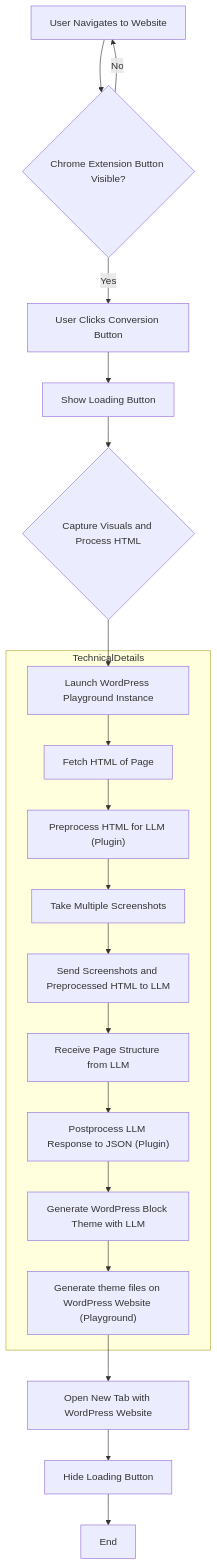
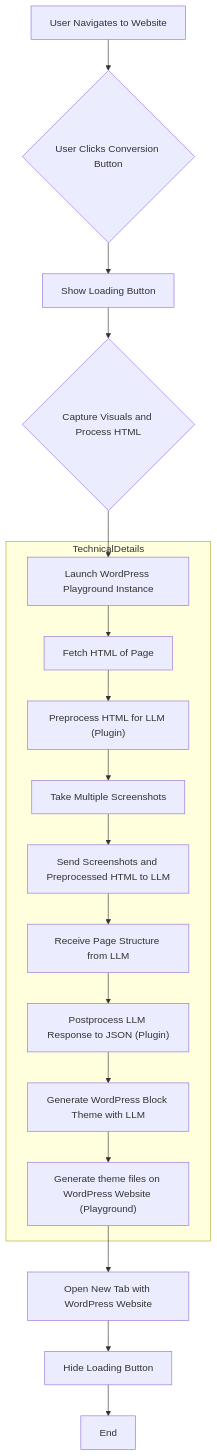
The diagram in README.md (CMSFreedomOrg/CMSFreedom), drawn with Mermaid before and after one commit.

````diff
--- a/README.md
+++ b/README.md
@@ -20,32 +20,30 @@
 ```mermaid
 graph TD
-    UserNavigatesWebsite[User Navigates to Website] --> CheckExtensionButtonVisibility{Chrome Extension Button Visible?};
-    CheckExtensionButtonVisibility -- Yes --> UserClicksConversionButton[User Clicks Conversion Button];
-    CheckExtensionButtonVisibility -- No --> UserNavigatesWebsite;
+    UserNavigatesWebsite[User Navigates to Website] --> UserClicksConversionButton{User Clicks Conversion Button};
     UserClicksConversionButton --> ShowLoadingButton[Show Loading Button];
     ShowLoadingButton --> CaptureVisualsAndProcessHTML{Capture Visuals and Process HTML};
     CaptureVisualsAndProcessHTML --> LaunchWordPressPlayground[Launch WordPress Playground Instance];
     LaunchWordPressPlayground --> FetchPageHTML[Fetch HTML of Page];
     FetchPageHTML --> PreprocessHTMLForLLM["Preprocess HTML for LLM (Plugin)"];
     PreprocessHTMLForLLM --> CapturePageScreenshots[Take Multiple Screenshots];
     CapturePageScreenshots --> SendDataToLLM[Send Screenshots and Preprocessed HTML to LLM];
     SendDataToLLM --> ReceiveLLMPageStructure[Receive Page Structure from LLM];
     ReceiveLLMPageStructure --> PostprocessLLMResponse["Postprocess LLM Response to JSON (Plugin)"];
     PostprocessLLMResponse --> QueryLLMForGeneratingBlock[Generate WordPress Block Theme with LLM];
     QueryLLMForGeneratingBlock --> GenerateThemeFiles["Generate theme files on WordPress Website (Playground)"];
     GenerateThemeFiles --> OpenNewTabWithWordPress[Open New Tab with WordPress Website];
     OpenNewTabWithWordPress --> HideLoadingButton[Hide Loading Button];
     HideLoadingButton --> ProcessComplete[End];
 
     subgraph TechnicalDetails
         LaunchWordPressPlayground;
         FetchPageHTML;
         PreprocessHTMLForLLM;
         CapturePageScreenshots;
         SendDataToLLM;
         QueryLLMForGeneratingBlock;
         GenerateThemeFiles;
         ReceiveLLMPageStructure;
         PostprocessLLMResponse;
     end
 ```
````
